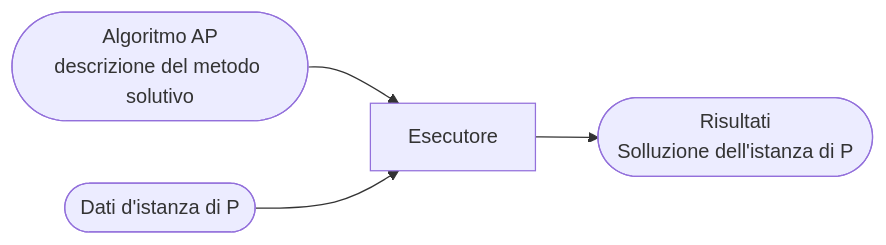
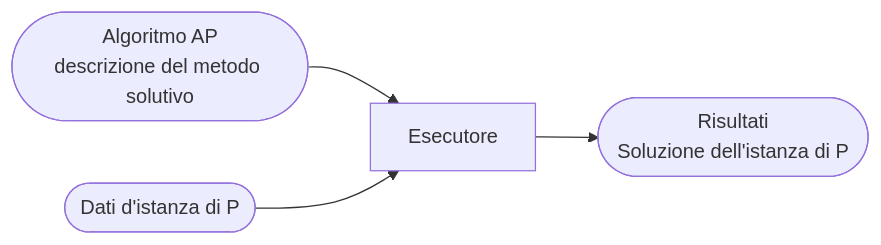
The fourth of 4 diagrams in docs/Anno_I/Linguaggi_di_Programmazione/notes/01_intro_linguaggi.md (sravioli/temp-L31), drawn with Mermaid before and after one commit. The commit also changed other lines of this file, not shown here.

````diff
--- a/docs/Anno_I/Linguaggi_di_Programmazione/notes/01_intro_linguaggi.md
+++ b/docs/Anno_I/Linguaggi_di_Programmazione/notes/01_intro_linguaggi.md
@@ -260,6 +261,6 @@
 ```mermaid
 flowchart LR
     alg([Algoritmo AP<br>descrizione del metodo solutivo]) --> esecutor;
     data([Dati d'istanza di P]) --> esecutor[Esecutore]
-                                 --> res([Risultati<br>Solluzione dell'istanza di P]);
+                                --> res([Risultati<br>Soluzione dell'istanza di P]);
 ```
````
